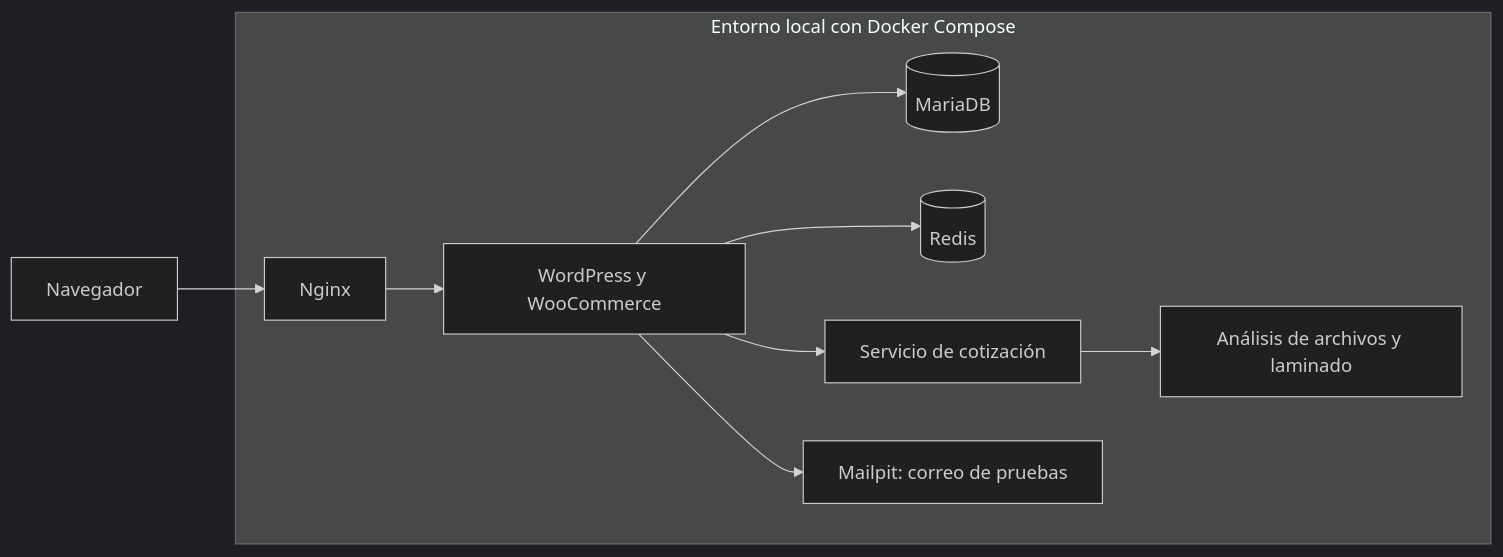
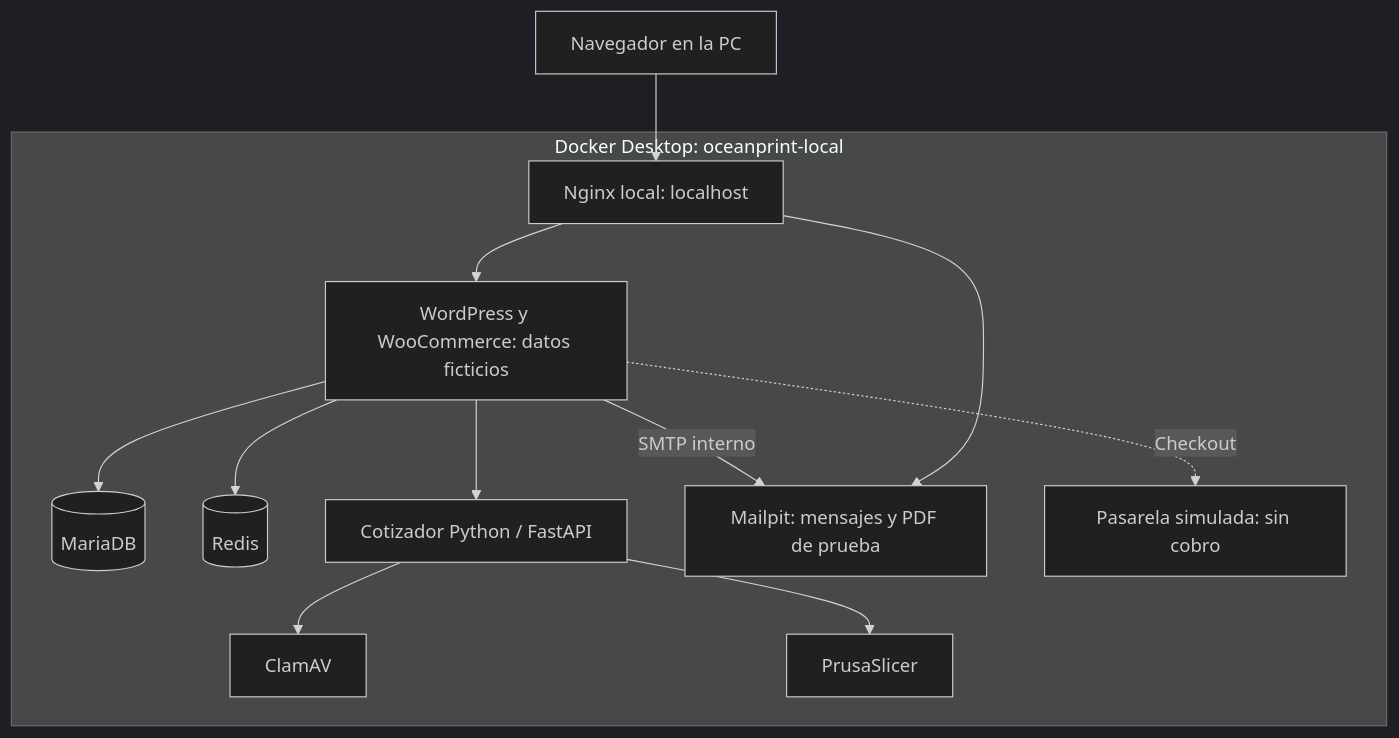
One commit to Eliasxgg/caso-ecommerce-3d changed the third of 3 diagrams in README.md. Above: the diagram before and after it, drawn with Mermaid (dark theme). The commit also changed other lines of this file and 5 other files, not shown here.

Commit message:
Prioritize original VPS architecture and incorporate academic context

````diff
--- a/README.md
+++ b/README.md
@@ -75,12 +105,15 @@
 ```mermaid
-flowchart LR
-    A[Navegador] --> B[Nginx]
-    subgraph Docker[Entorno local con Docker Compose]
-      B --> C[WordPress y WooCommerce]
-      C --> D[(MariaDB)]
-      C --> E[(Redis)]
-      C --> F[Servicio de cotización]
-      F --> G[Análisis de archivos y laminado]
-      C --> H[Mailpit: correo de pruebas]
+flowchart TD
+    PC["Navegador en la PC"] --> WEB["Nginx local: localhost"]
+    subgraph DOCKER["Docker Desktop: oceanprint-local"]
+      WEB --> WP["WordPress y WooCommerce: datos ficticios"]
+      WP --> DB[(MariaDB)]
+      WP --> CACHE[(Redis)]
+      WP --> API["Cotizador Python / FastAPI"]
+      API --> AV["ClamAV"]
+      API --> SLICE["PrusaSlicer"]
+      WP -->|SMTP interno| MAIL["Mailpit: mensajes y PDF de prueba"]
+      WP -. "Checkout" .-> PAGO["Pasarela simulada: sin cobro"]
+      WEB --> MAIL
     end
 ```
````
